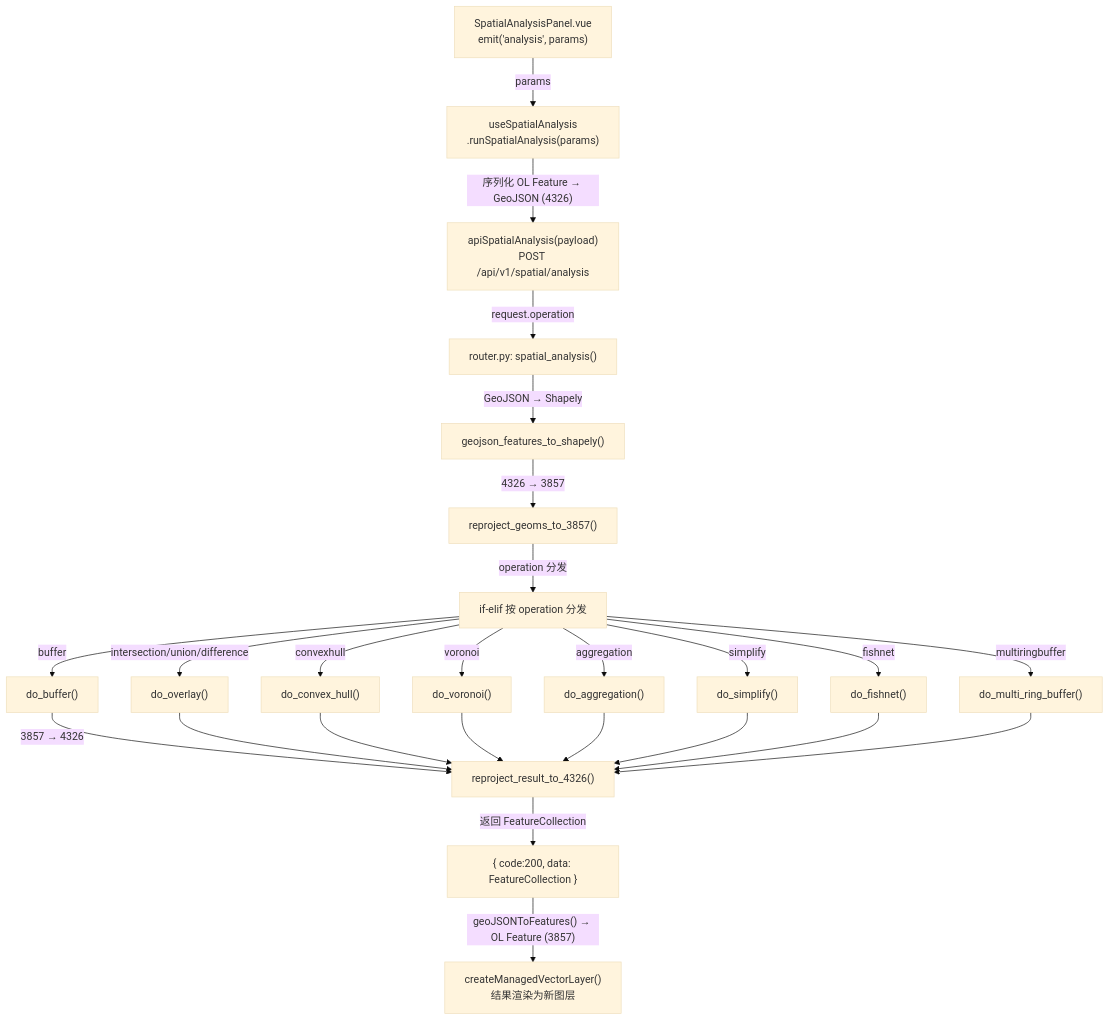
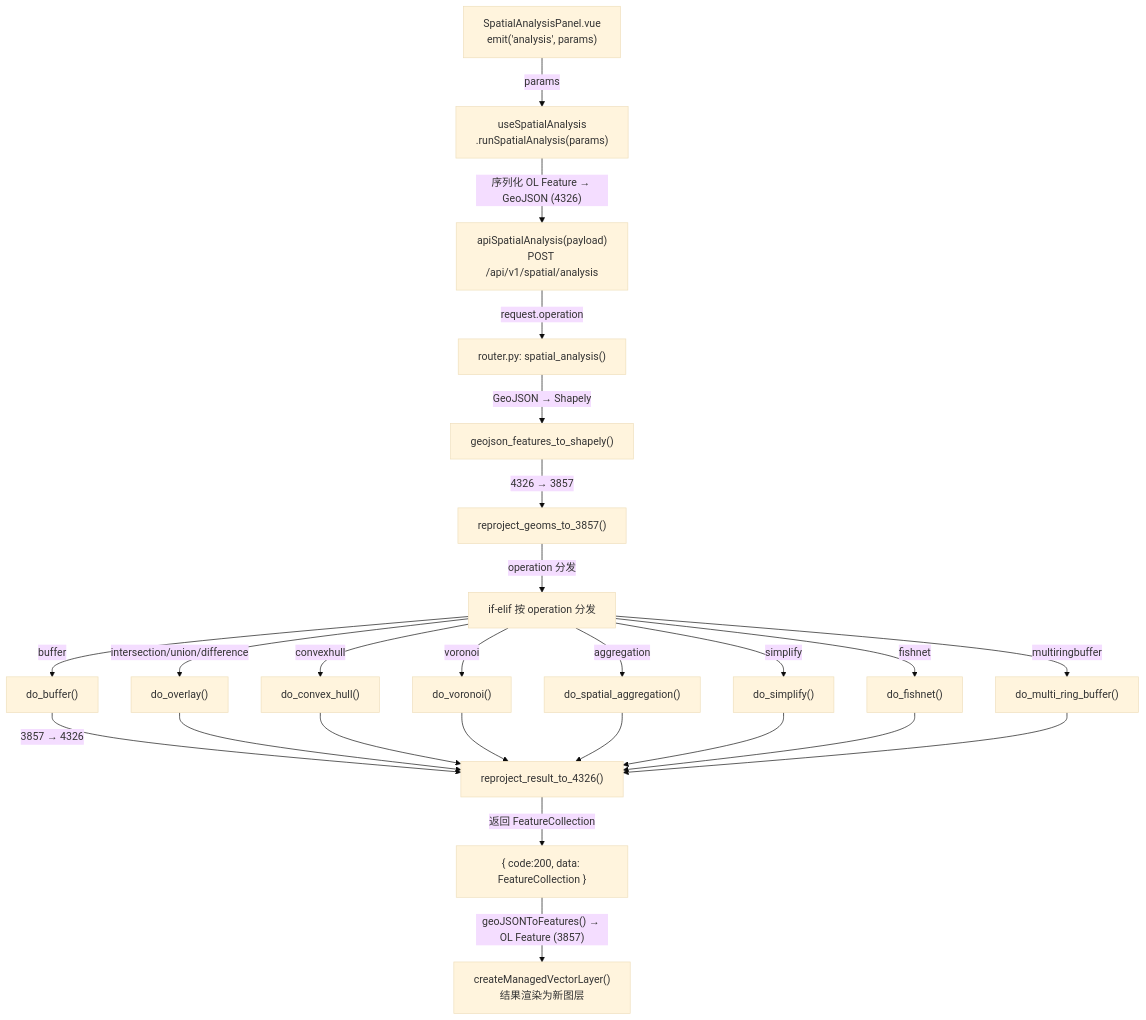
One commit to NEGIAO/WebGIS-Dev changed the diagram in Docs/Architecture/spatial-analysis-backend.md. Above: the diagram before and after it, drawn with Mermaid (base theme). The commit also changed other lines of this file and 52 other files, not shown here.

````diff
--- a/Docs/Architecture/spatial-analysis-backend.md
+++ b/Docs/Architecture/spatial-analysis-backend.md
@@ -39,32 +39,32 @@
 ```mermaid
 flowchart TD
     FE["SpatialAnalysisPanel.vue<br/>emit('analysis', params)"] -->|"params"| COMPOSABLE["useSpatialAnalysis<br/>.runSpatialAnalysis(params)"]
 
     COMPOSABLE -->|"序列化 OL Feature → GeoJSON (4326)"| API["apiSpatialAnalysis(payload)<br/>POST /api/v1/spatial/analysis"]
 
     API -->|"request.operation"| ROUTER["router.py: spatial_analysis()"]
     ROUTER -->|"GeoJSON → Shapely"| G2S["geojson_features_to_shapely()"]
     G2S -->|"4326 → 3857"| REPROJ_IN["reproject_geoms_to_3857()"]
     REPROJ_IN -->|"operation 分发"| DISPATCH["if-elif 按 operation 分发"]
 
     DISPATCH -->|"buffer"| O1["do_buffer()"]
     DISPATCH -->|"intersection/union/difference"| O2["do_overlay()"]
     DISPATCH -->|"convexhull"| O3["do_convex_hull()"]
     DISPATCH -->|"voronoi"| O4["do_voronoi()"]
-    DISPATCH -->|"aggregation"| O5["do_aggregation()"]
+    DISPATCH -->|"aggregation"| O5["do_spatial_aggregation()"]
     DISPATCH -->|"simplify"| O6["do_simplify()"]
     DISPATCH -->|"fishnet"| O7["do_fishnet()"]
     DISPATCH -->|"multiringbuffer"| O8["do_multi_ring_buffer()"]
 
     O1 -->|"3857 → 4326"| REPROJ_OUT["reproject_result_to_4326()"]
     O2 --> REPROJ_OUT
     O3 --> REPROJ_OUT
     O4 --> REPROJ_OUT
     O5 --> REPROJ_OUT
     O6 --> REPROJ_OUT
     O7 --> REPROJ_OUT
     O8 --> REPROJ_OUT
 
     REPROJ_OUT -->|"返回 FeatureCollection"| RESULT["{ code:200, data: FeatureCollection }"]
     RESULT -->|"geoJSONToFeatures() → OL Feature (3857)"| RENDER["createManagedVectorLayer()<br/>结果渲染为新图层"]
 ```
````
